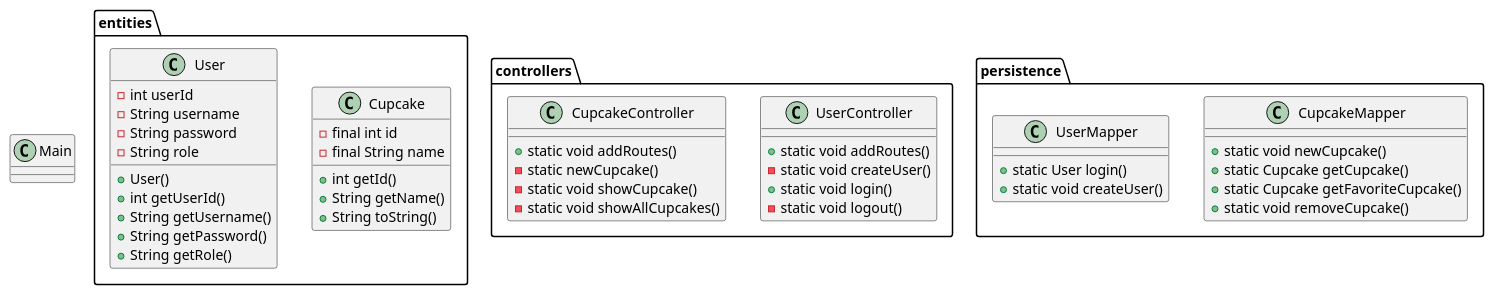
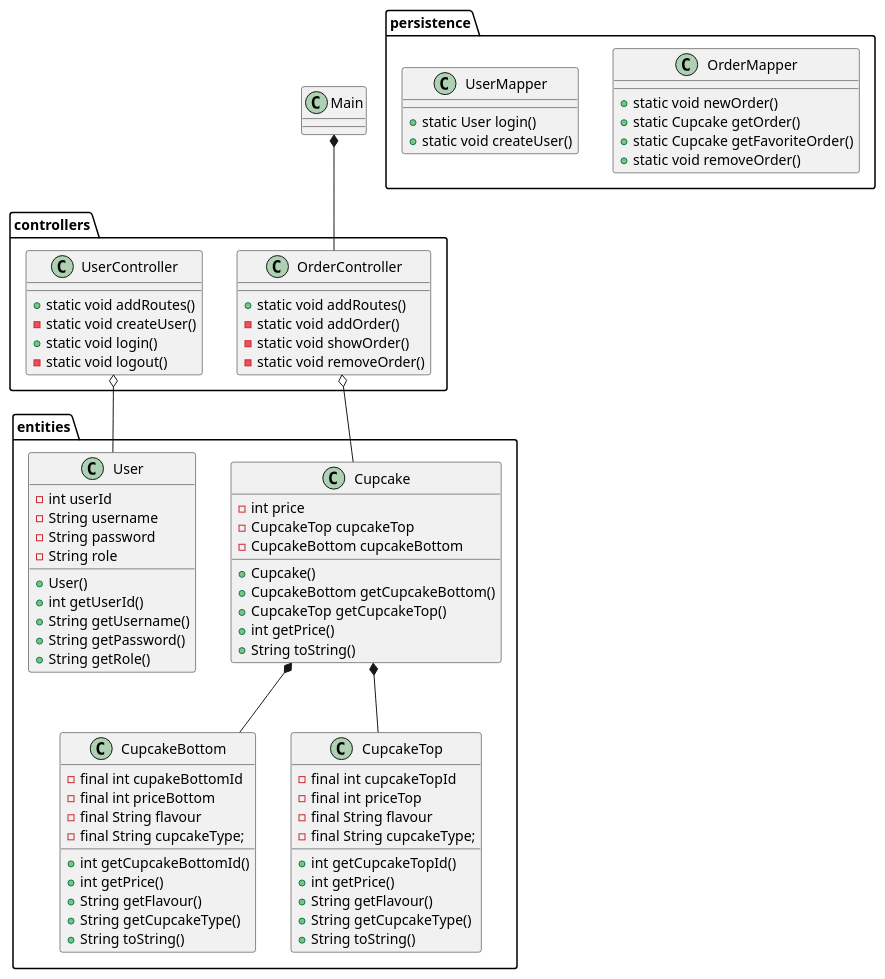
The diagram in docs/class-diagramv1.puml (AndyTheDragon/Cupcake), drawn with PlantUML before and after one commit. The commit also changed 2 other files, not shown here.

Commit message:
Jeg har opdateret klassediagrammet og omdøbt cupcake-klassen

```diff
--- a/docs/class-diagramv1.puml
+++ b/docs/class-diagramv1.puml
@@ -1,62 +1,97 @@
 @startuml
 'https://plantuml.com/class-diagram
 
 class Main {
 }
 package entities {
-class Cupcake {
-- final int id
-- final String name
-+ int getId()
-+ String getName()
+class CupcakeBottom {
+- final int cupakeBottomId
+- final int priceBottom
+- final String flavour
+- final String cupcakeType;
++ int getCupcakeBottomId()
++ int getPrice()
++ String getFlavour()
++ String getCupcakeType()
 'override
 + String toString()
+}
+class CupcakeTop {
+- final int cupcakeTopId
+- final int priceTop
+- final String flavour
+- final String cupcakeType;
++ int getCupcakeTopId()
++ int getPrice()
++ String getFlavour()
++ String getCupcakeType()
+'override
++ String toString()
+}
+
+class Cupcake {
+- int price
+- CupcakeTop cupcakeTop
+- CupcakeBottom cupcakeBottom
++ Cupcake()
++ CupcakeBottom getCupcakeBottom()
++ CupcakeTop getCupcakeTop()
++ int getPrice()
+'override
++ String toString()
+
+
+
 }
 
 class User {
 - int userId
 - String username
 - String password
 - String role
 + User()
 + int getUserId()
 + String getUsername()
 + String getPassword()
 + String getRole()
 }
 }
 
 package controllers {
 class UserController {
 + static void addRoutes()
 - static void createUser()
 + static void login()
 - static void logout()
 
 }
-class CupcakeController {
+class OrderController {
 + static void addRoutes()
-- static newCupcake()
-- static void showCupcake()
-- static void showAllCupcakes()
+- static void addOrder()
+- static void showOrder()
+- static void removeOrder()
+
 }
 }
 
 package persistence {
-
-
-class CupcakeMapper {
-+ static void newCupcake()
-+ static Cupcake getCupcake()
-+ static Cupcake getFavoriteCupcake()
-+ static void removeCupcake()
+class OrderMapper {
++ static void newOrder()
++ static Cupcake getOrder()
++ static Cupcake getFavoriteOrder()
++ static void removeOrder()
 }
 
 class UserMapper {
 + static User login()
 + static void createUser()
 }
 }
 
+Main *-- OrderController
+OrderController o-- Cupcake
+Cupcake *-- CupcakeBottom
+Cupcake *-- CupcakeTop
+UserController o-- User
 
 @enduml
```
